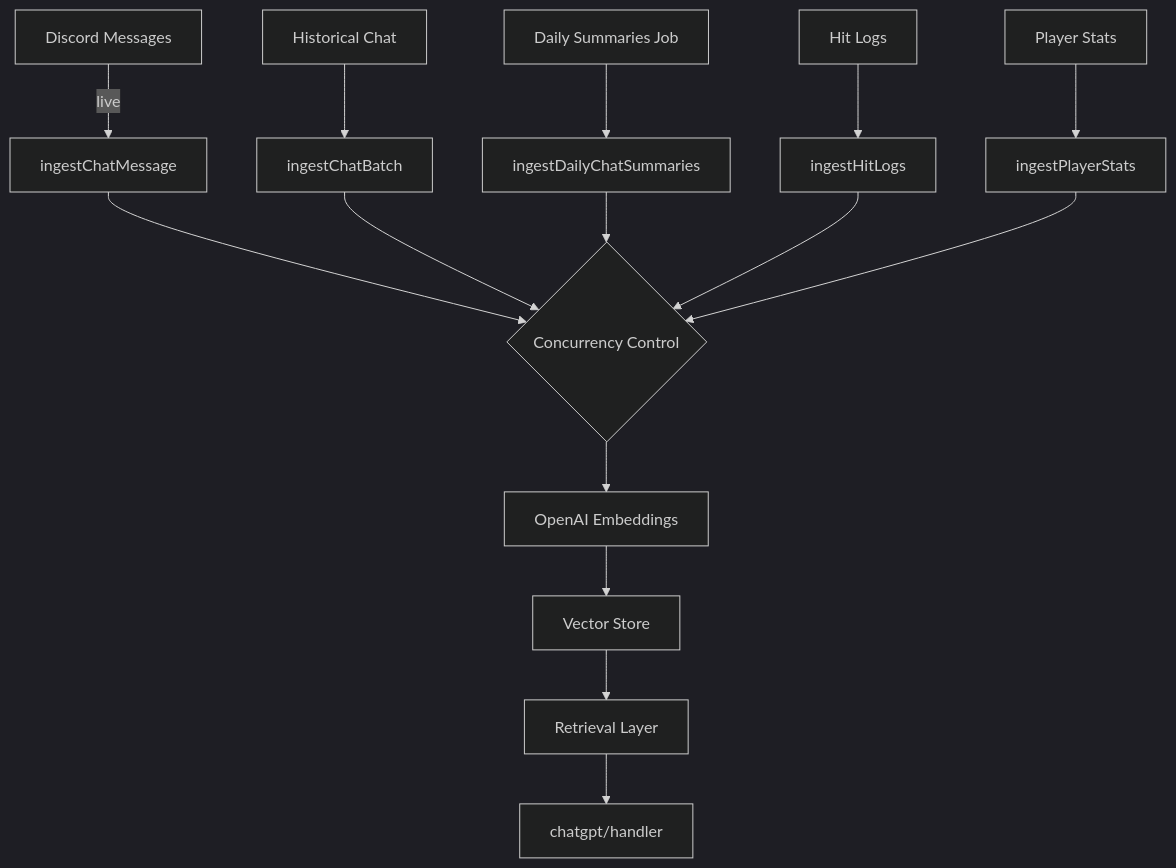
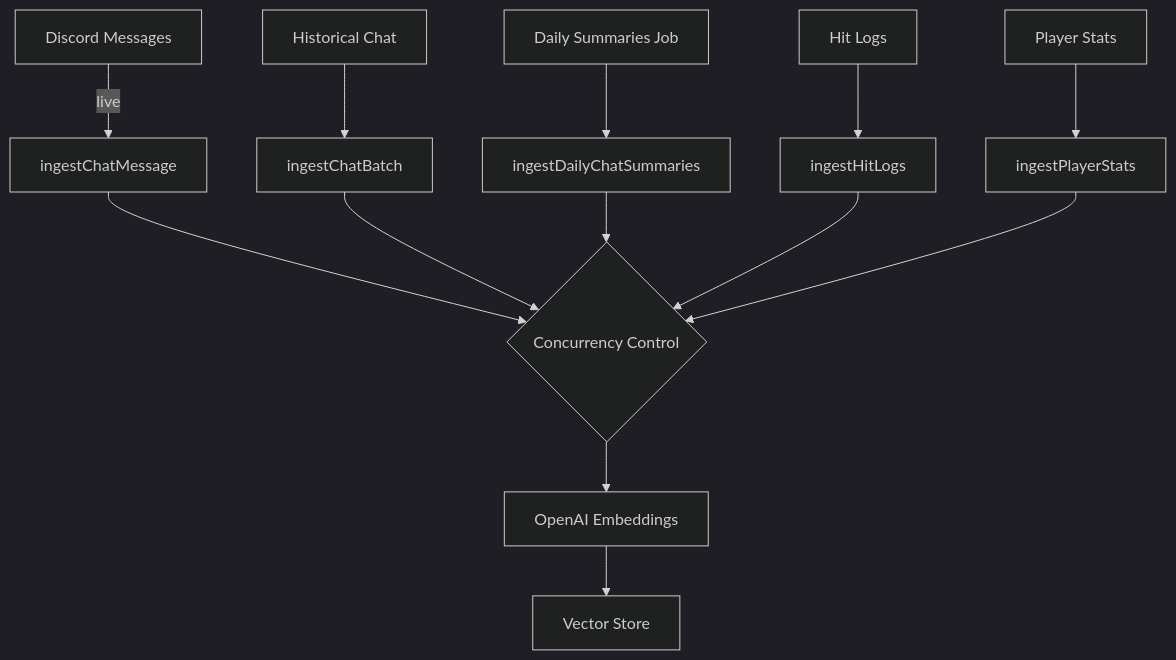
The diagram in docs/VECTOR-INGEST.md (DocFoxHound/Beowulf), drawn with Mermaid (dark theme) before and after one commit. The commit also changed other lines of this file and 82 other files, not shown here.

````diff
--- a/docs/VECTOR-INGEST.md
+++ b/docs/VECTOR-INGEST.md
@@ -27,17 +27,15 @@
 ```mermaid
 graph TD
   M[Discord Messages] -->|live| LiveIngest[ingestChatMessage]
   Hist[Historical Chat] --> BatchIngest[ingestChatBatch]
   Daily[Daily Summaries Job] --> SummIngest[ingestDailyChatSummaries]
   Hits[Hit Logs] --> HitIngest[ingestHitLogs]
   Stats[Player Stats] --> StatsIngest[ingestPlayerStats]
   LiveIngest --> Queue{Concurrency Control}
   BatchIngest --> Queue
   SummIngest --> Queue
   HitIngest --> Queue
   StatsIngest --> Queue
   Queue --> EmbedCalls[OpenAI Embeddings]
   EmbedCalls --> VectorStore[Vector Store]
-  VectorStore --> Retrieval[Retrieval Layer]
-  Retrieval --> Handler[chatgpt/handler]
 ```
````
